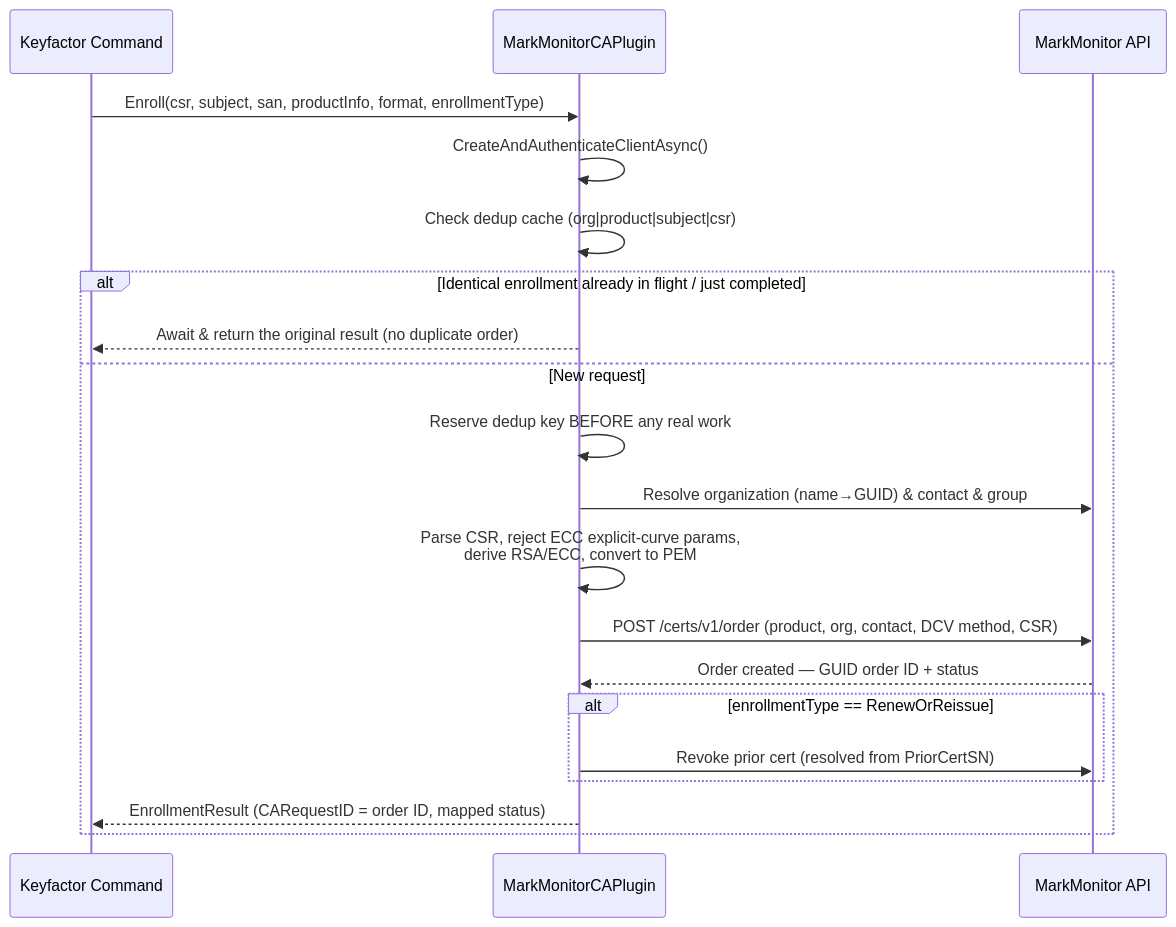
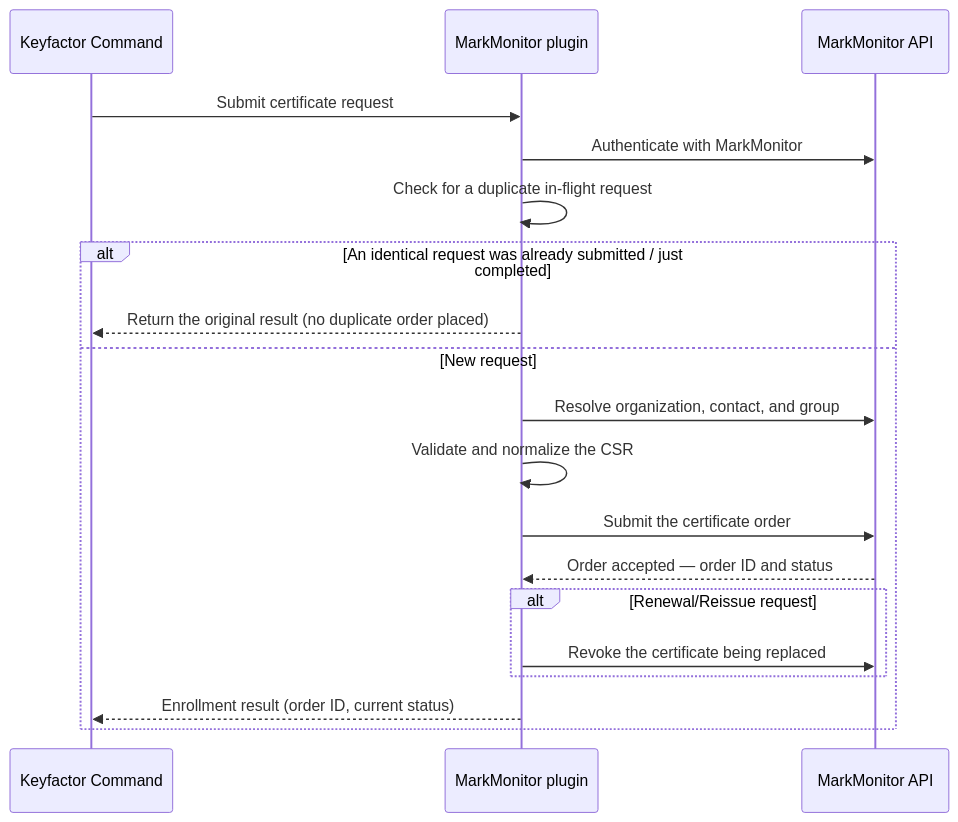
One commit to Keyfactor/markmonitor-caplugin changed the second of 4 diagrams in README.md. Above: the diagram before and after it, drawn with Mermaid. The commit also changed other lines of this file and 16 other files, not shown here.

````diff
--- a/README.md
+++ b/README.md
@@ -399,26 +314,25 @@
 ```mermaid
 sequenceDiagram
     participant CMD as Keyfactor Command
-    participant Plugin as MarkMonitorCAPlugin
+    participant Plugin as MarkMonitor plugin
     participant API as MarkMonitor API
 
-    CMD->>Plugin: Enroll(csr, subject, san, productInfo, format, enrollmentType)
-    Plugin->>Plugin: CreateAndAuthenticateClientAsync()
-    Plugin->>Plugin: Check dedup cache (org|product|subject|csr)
+    CMD->>Plugin: Submit certificate request
+    Plugin->>API: Authenticate with MarkMonitor
+    Plugin->>Plugin: Check for a duplicate in-flight request
 
-    alt Identical enrollment already in flight / just completed
-        Plugin-->>CMD: Await & return the original result (no duplicate order)
+    alt An identical request was already submitted / just completed
+        Plugin-->>CMD: Return the original result (no duplicate order placed)
     else New request
-        Plugin->>Plugin: Reserve dedup key BEFORE any real work
-        Plugin->>API: Resolve organization (name→GUID) & contact & group
-        Plugin->>Plugin: Parse CSR, reject ECC explicit-curve params,<br/>derive RSA/ECC, convert to PEM
-        Plugin->>API: POST /certs/v1/order (product, org, contact, DCV method, CSR)
-        API-->>Plugin: Order created — GUID order ID + status
+        Plugin->>API: Resolve organization, contact, and group
+        Plugin->>Plugin: Validate and normalize the CSR
+        Plugin->>API: Submit the certificate order
+        API-->>Plugin: Order accepted — order ID and status
 
-        alt enrollmentType == RenewOrReissue
-            Plugin->>API: Revoke prior cert (resolved from PriorCertSN)
+        alt Renewal/Reissue request
+            Plugin->>API: Revoke the certificate being replaced
         end
 
-        Plugin-->>CMD: EnrollmentResult (CARequestID = order ID, mapped status)
+        Plugin-->>CMD: Enrollment result (order ID, current status)
     end
 ```
````
